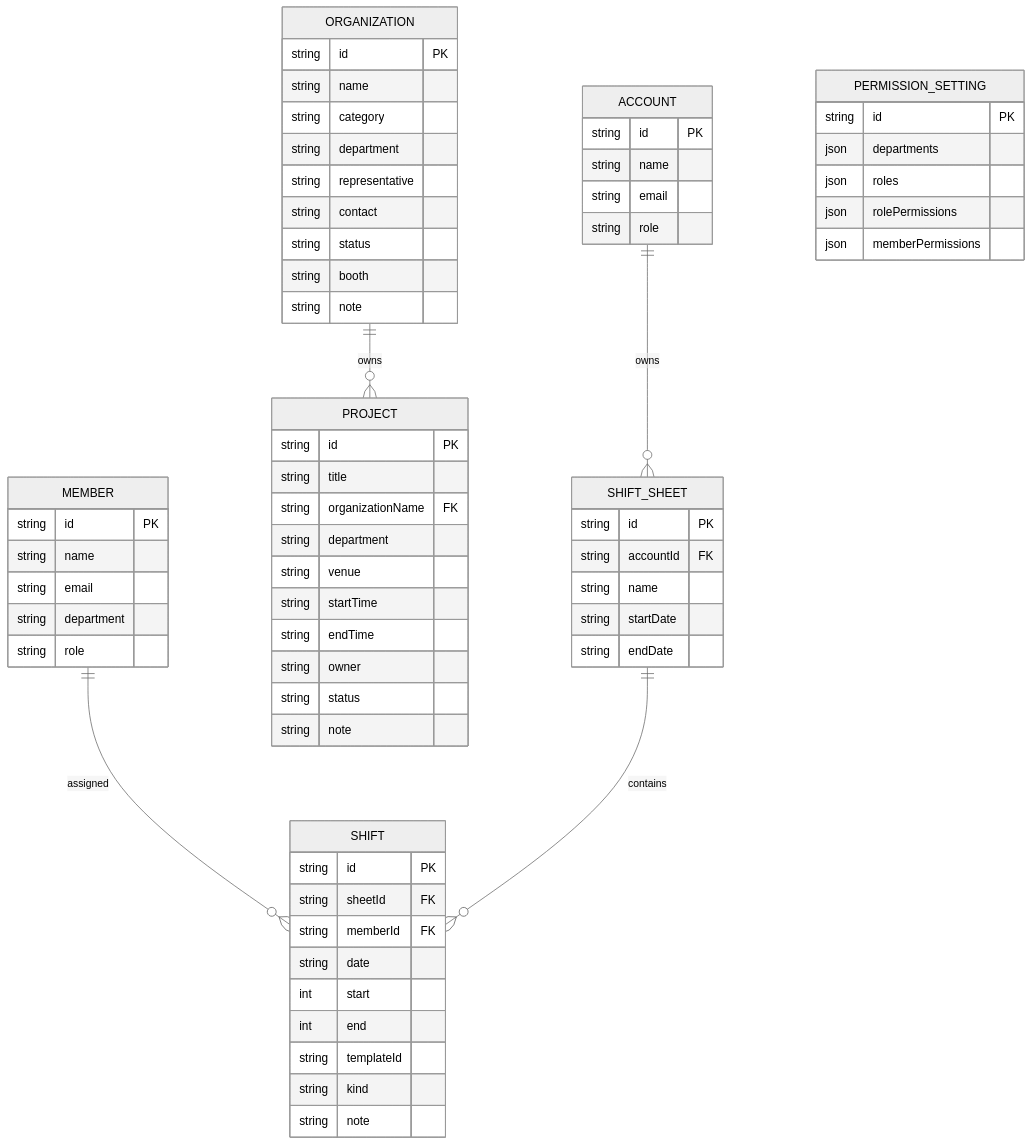
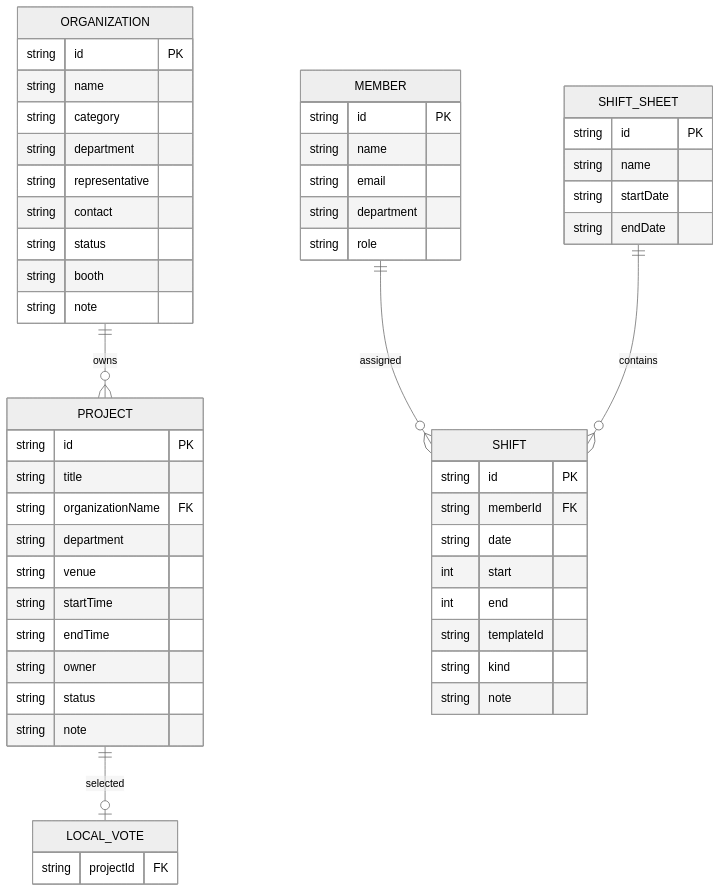
The diagram in docs/er.md (kokutowarabi/event-ops), drawn with Mermaid (neutral theme) before and after one commit. The commit also changed other lines of this file and 37 other files, not shown here.

````diff
--- a/docs/er.md
+++ b/docs/er.md
@@ -3,75 +3,62 @@
 ```mermaid
 erDiagram
-  ACCOUNT {
-    string id PK
-    string name
-    string email
-    string role
-  }
-
   MEMBER {
     string id PK
     string name
     string email
     string department
     string role
   }
 
   ORGANIZATION {
     string id PK
     string name
     string category
     string department
     string representative
     string contact
     string status
     string booth
     string note
   }
 
   PROJECT {
     string id PK
     string title
     string organizationName FK
     string department
     string venue
     string startTime
     string endTime
     string owner
     string status
     string note
   }
 
   SHIFT_SHEET {
     string id PK
-    string accountId FK
     string name
     string startDate
     string endDate
   }
 
   SHIFT {
     string id PK
-    string sheetId FK
     string memberId FK
     string date
     int start
     int end
     string templateId
     string kind
     string note
   }
 
-  PERMISSION_SETTING {
-    string id PK
-    json departments
-    json roles
-    json rolePermissions
-    json memberPermissions
+  LOCAL_VOTE {
+    string projectId FK
   }
 
   ORGANIZATION ||--o{ PROJECT : owns
   MEMBER ||--o{ SHIFT : assigned
-  ACCOUNT ||--o{ SHIFT_SHEET : owns
   SHIFT_SHEET ||--o{ SHIFT : contains
+  PROJECT ||--o| LOCAL_VOTE : selected
 ```
````
